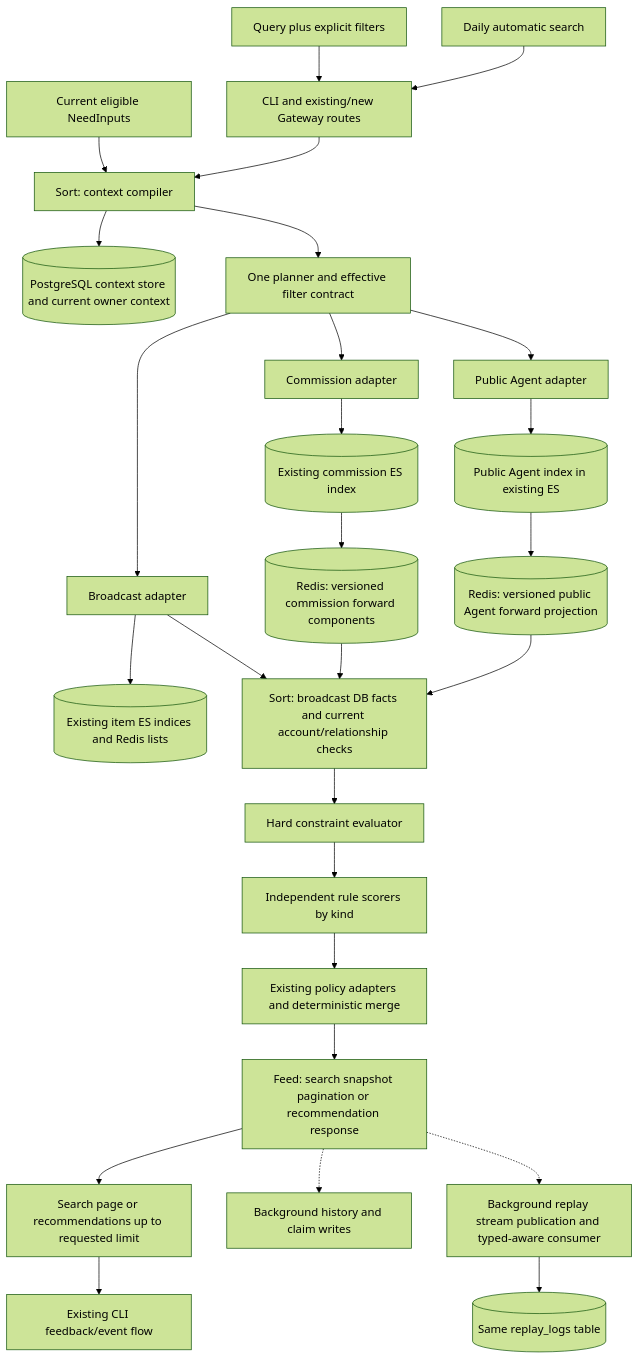
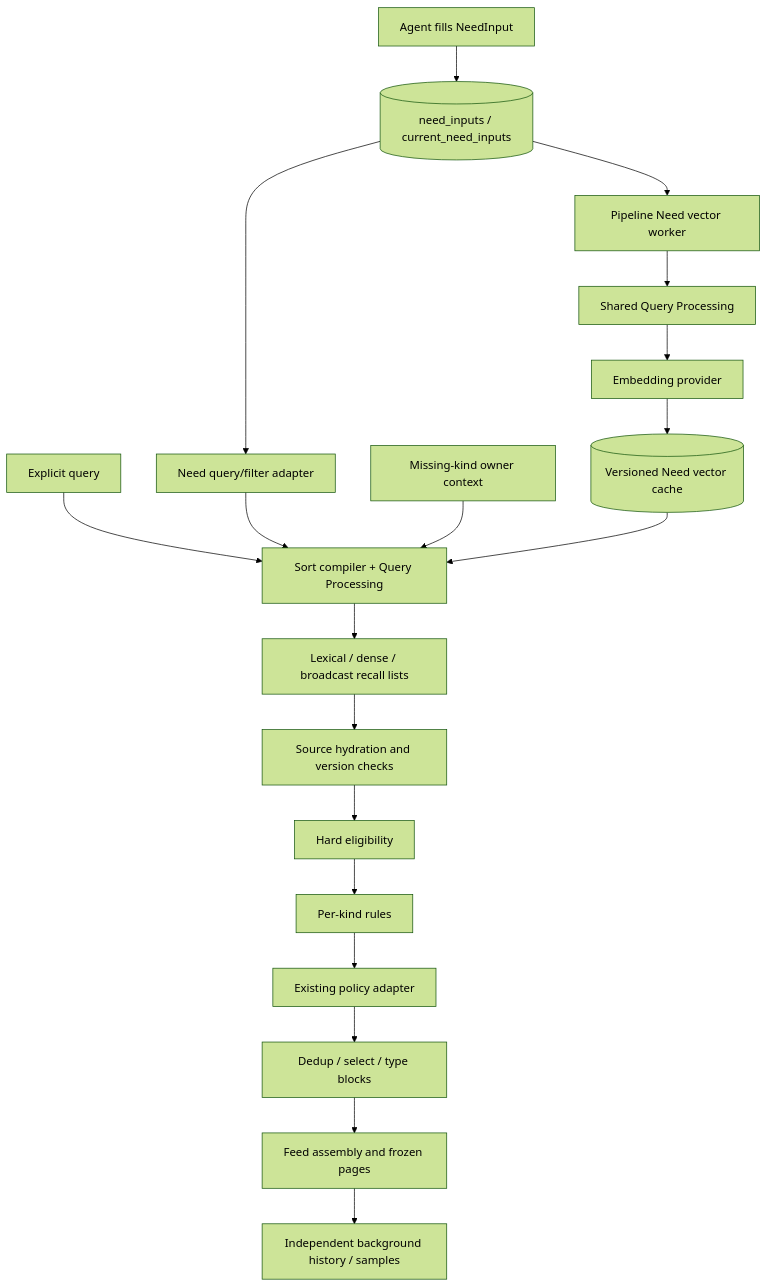
Before and after one commit to phronesis-io/eigenflux: the diagram in docs/design/need-search-mvp/design.md, drawn with Mermaid (forest theme). The commit also changed other lines of this file and 68 other files, not shown here.

````diff
--- a/docs/design/need-search-mvp/design.md
+++ b/docs/design/need-search-mvp/design.md
@@ -16,29 +22,21 @@
 ```mermaid
 flowchart TD
-    Q[Query plus explicit filters] --> G[CLI and existing/new Gateway routes]
-    A[Daily automatic search] --> G
-    N[Current eligible NeedInputs] --> C
-    G --> C[Sort: context compiler]
-    C --> NS[(PostgreSQL context store and current owner context)]
-    C --> P[One planner and effective filter contract]
-    P --> B[Broadcast adapter]
-    P --> S[Commission adapter]
-    P --> R[Public Agent adapter]
-    B --> EI[(Existing item ES indices and Redis lists)]
-    S --> EC[(Existing commission ES index)]
-    R --> EA[(Public Agent index in existing ES)]
-    B --> HY[Sort: broadcast DB facts and current account/relationship checks]
-    EC --> FI[(Redis: versioned commission forward components)]
-    EA --> FI2[(Redis: versioned public Agent forward projection)]
-    FI --> HY
-    FI2 --> HY
-    HY --> H[Hard constraint evaluator]
-    H --> U[Independent rule scorers by kind]
-    U --> Y[Existing policy adapters and deterministic merge]
-    Y --> F[Feed: search snapshot pagination or recommendation response]
-    F --> O[Search page or recommendations up to requested limit]
-    F -.-> HR[Background history and claim writes]
-    F -.-> L[Background replay stream publication and typed-aware consumer]
-    L --> DB[(Same replay_logs table)]
-    O --> FB[Existing CLI feedback/event flow]
+    Capture[Agent fills NeedInput] --> DB[(need_inputs / current_need_inputs)]
+    DB --> Worker[Pipeline Need vector worker]
+    Worker --> QP[Shared Query Processing]
+    QP --> Model[Embedding provider]
+    Model --> Cache[(Versioned Need vector cache)]
+    DB --> Need[Need query/filter adapter]
+    Query[Explicit query] --> Compile[Sort compiler + Query Processing]
+    Need --> Compile
+    Owner[Missing-kind owner context] --> Compile
+    Cache --> Compile
+    Compile --> Recall[Lexical / dense / broadcast recall lists]
+    Recall --> Hydrate[Source hydration and version checks]
+    Hydrate --> Filter[Hard eligibility]
+    Filter --> Score[Per-kind rules]
+    Score --> Policy[Existing policy adapter]
+    Policy --> Merge[Dedup / select / type blocks]
+    Merge --> Feed[Feed assembly and frozen pages]
+    Feed --> Record[Independent background history / samples]
 ```
````
